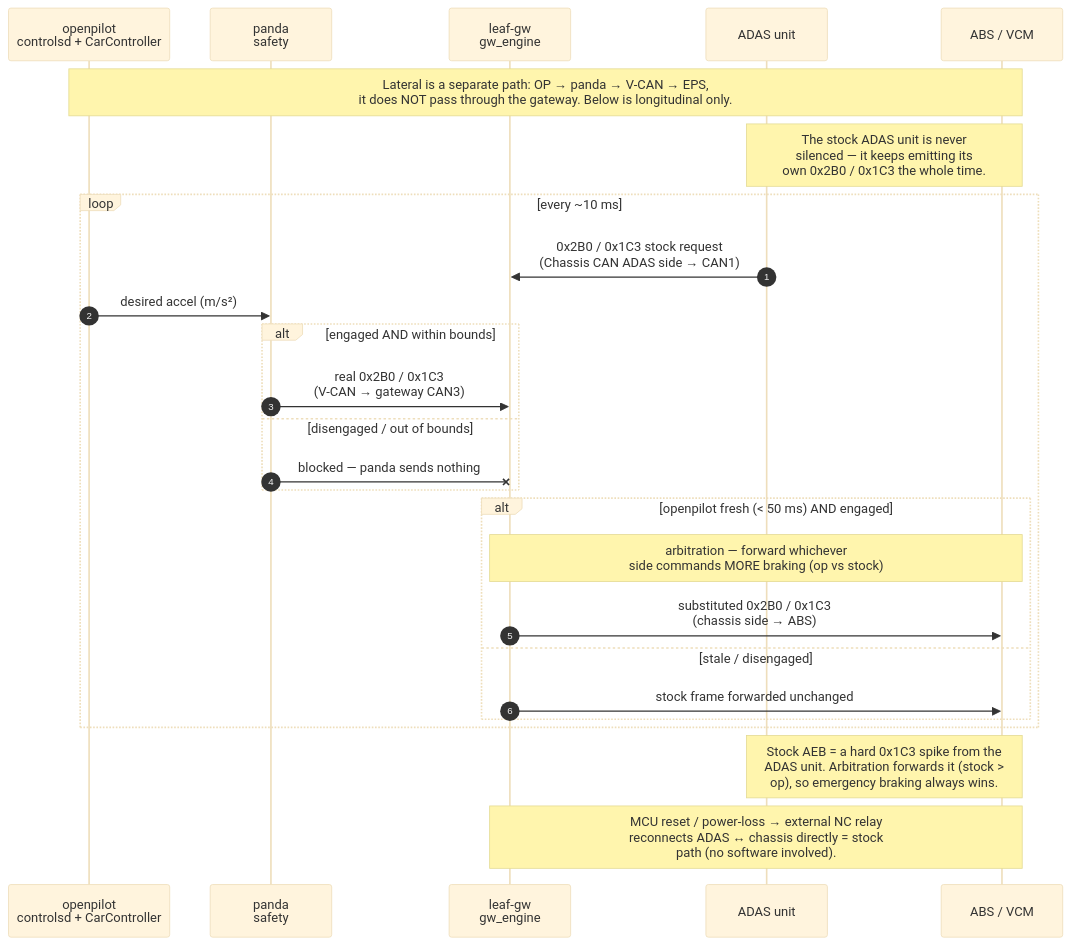
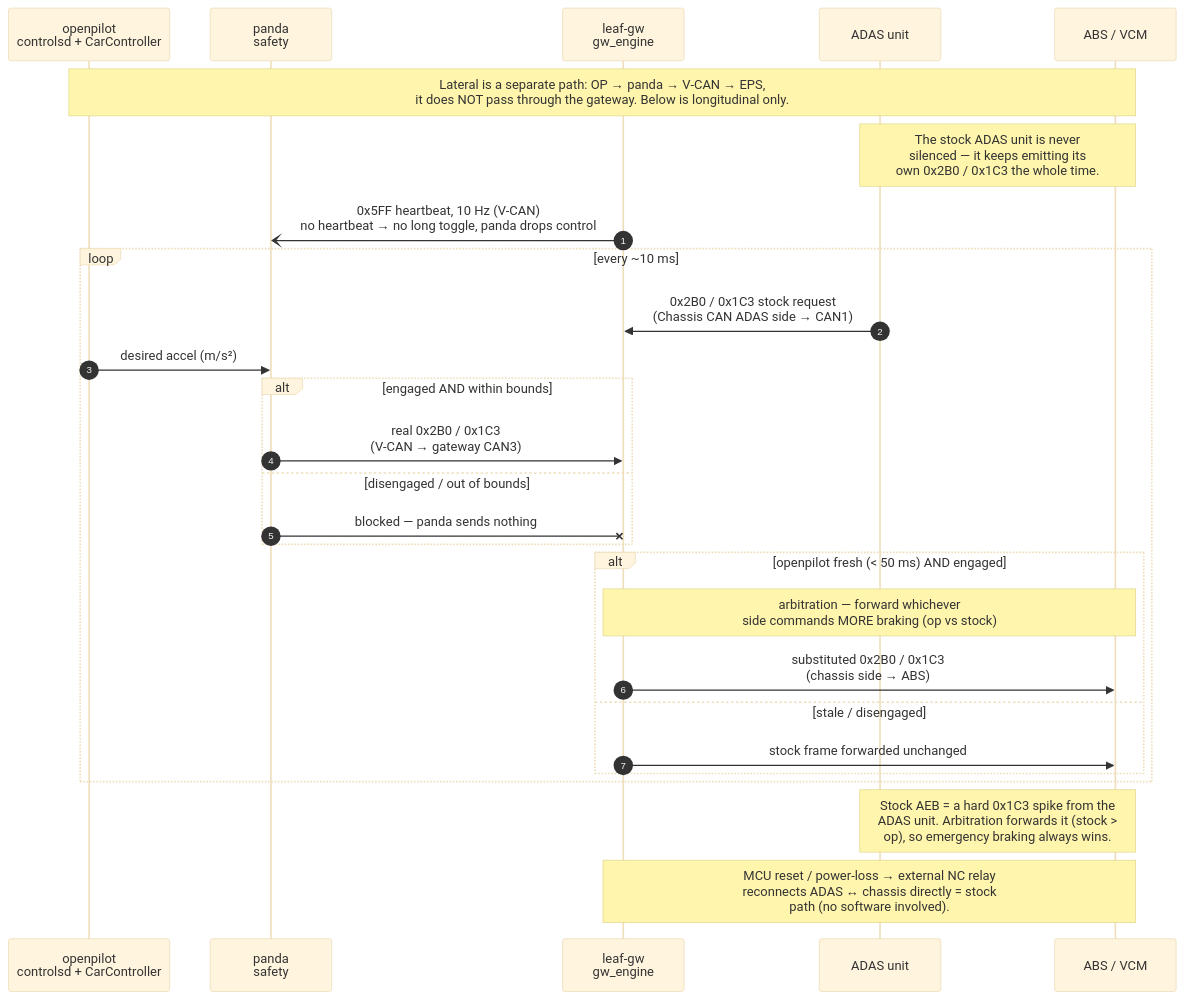
The second of 3 diagrams in README.md (siigna/leaf-gw), drawn with Mermaid (base theme) before and after one commit. The commit also changed other lines of this file and 6 other files, not shown here.

````diff
--- a/README.md
+++ b/README.md
@@ -76,34 +76,36 @@
 ```mermaid
 %% leaf-gw: one engaged longitudinal control cycle, plus the safety branches.
 %% Rendered inline by GitHub from the fenced copy in README.md.
 sequenceDiagram
   autonumber
   participant OP as openpilot<br/>controlsd + CarController
   participant PA as panda<br/>safety
   participant GW as leaf-gw<br/>gw_engine
   participant AD as ADAS unit
   participant AB as ABS / VCM
 
   Note over OP,AB: Lateral is a separate path: OP → panda → V-CAN → EPS,<br/>it does NOT pass through the gateway. Below is longitudinal only.
   Note over AD,AB: The stock ADAS unit is never<br/>silenced — it keeps emitting its<br/>own 0x2B0 / 0x1C3 the whole time.
+
+  GW-)PA: 0x5FF heartbeat, 10 Hz (V-CAN)<br/>no heartbeat → no long toggle, panda drops control
 
   loop every ~10 ms
     AD->>GW: 0x2B0 / 0x1C3 stock request<br/>(Chassis CAN ADAS side → CAN1)
     OP->>PA: desired accel (m/s²)
     alt engaged AND within bounds
       PA->>GW: real 0x2B0 / 0x1C3<br/>(V-CAN → gateway CAN3)
     else disengaged / out of bounds
       PA-xGW: blocked — panda sends nothing
     end
 
     alt openpilot fresh (< 50 ms) AND engaged
       Note over GW,AB: arbitration — forward whichever<br/>side commands MORE braking (op vs stock)
       GW->>AB: substituted 0x2B0 / 0x1C3<br/>(chassis side → ABS)
     else stale / disengaged
       GW->>AB: stock frame forwarded unchanged
     end
   end
 
   Note over AD,AB: Stock AEB = a hard 0x1C3 spike from the<br/>ADAS unit. Arbitration forwards it (stock ><br/>op), so emergency braking always wins.
   Note over GW,AB: MCU reset / power-loss → external NC relay<br/>reconnects ADAS ↔ chassis directly = stock<br/>path (no software involved).
 ```
````
